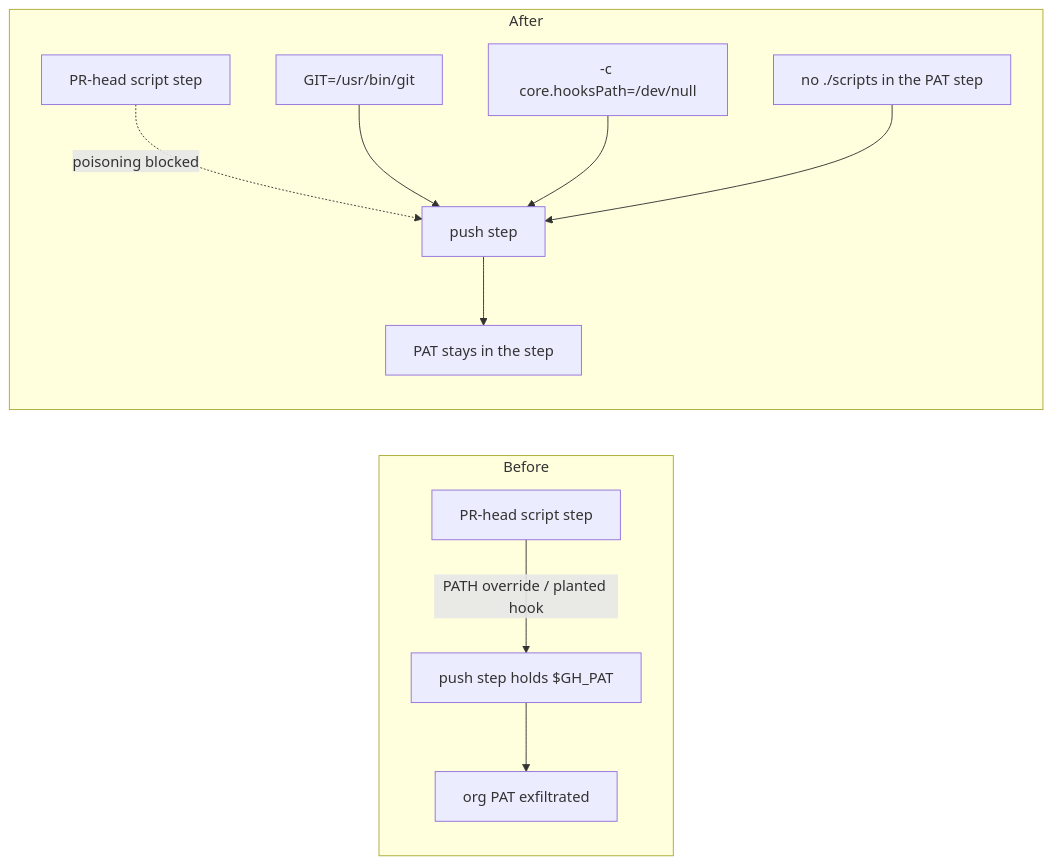
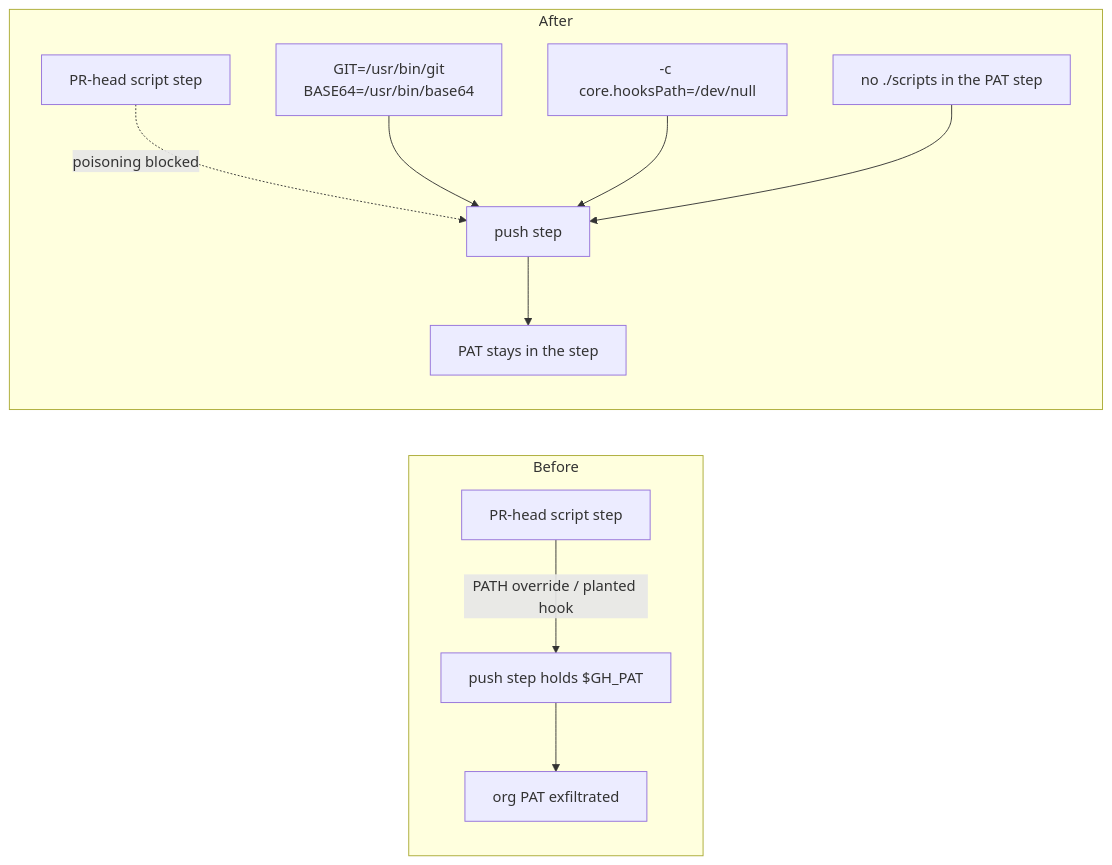
One commit to stSoftwareAU/NEAT-AI-scorer changed the diagram in docs/archive/pr-summaries/pr-summary-497.md. Above: the diagram before and after it, drawn with Mermaid. The commit also changed other lines of this file and 6 other files, not shown here.

First line of the commit message:
security: pin base64 alongside git in PAT-bearing push steps (Issue #497)

````diff
--- a/docs/archive/pr-summaries/pr-summary-497.md
+++ b/docs/archive/pr-summaries/pr-summary-497.md
@@ -41,14 +44,14 @@
 ```mermaid
 flowchart LR
     subgraph before[Before]
         A1[PR-head script step] -->|PATH override / planted hook| B1[push step holds $GH_PAT]
         B1 --> C1[org PAT exfiltrated]
     end
     subgraph after[After]
         A2[PR-head script step] -.->|poisoning blocked| B2[push step]
-        D["GIT=/usr/bin/git"] --> B2
+        D["GIT=/usr/bin/git<br/>BASE64=/usr/bin/base64"] --> B2
         E["-c core.hooksPath=/dev/null"] --> B2
         F[no ./scripts in the PAT step] --> B2
         B2 --> C2[PAT stays in the step]
     end
 ```
````
